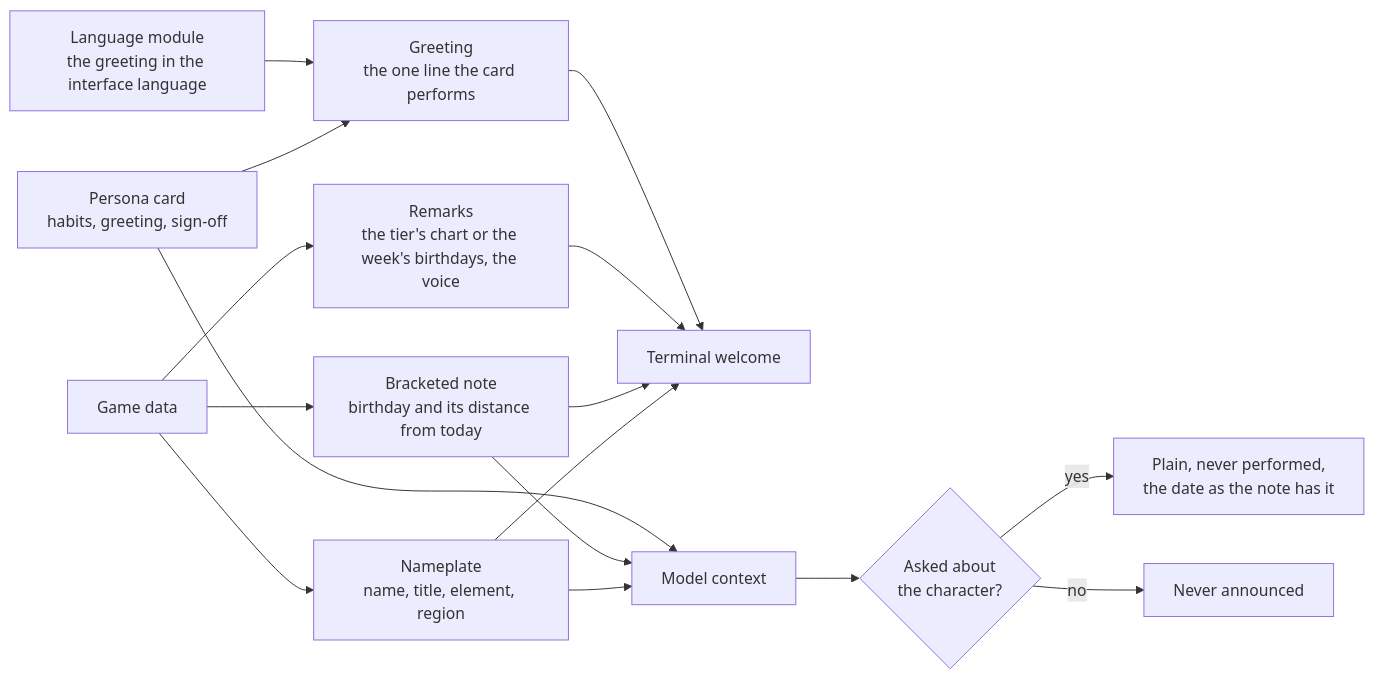
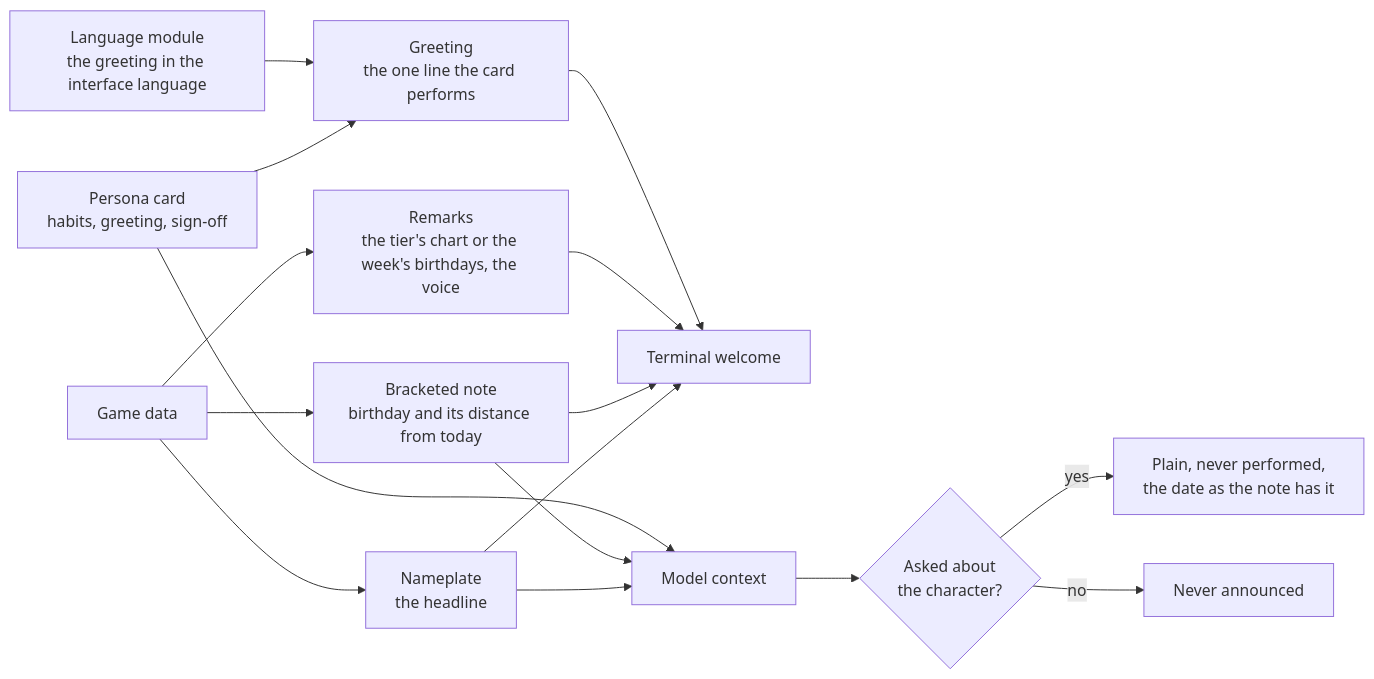
The diagram in openspec/specs/infra/claude-interface/persona-plugin/card/design.md (Esposter/Esposter), drawn with Mermaid before and after one commit. The commit also changed other lines of this file and 9 other files, not shown here.

````diff
--- a/openspec/specs/infra/claude-interface/persona-plugin/card/design.md
+++ b/openspec/specs/infra/claude-interface/persona-plugin/card/design.md
@@ -21,27 +21,27 @@
 ```mermaid
 flowchart LR
     Data["Game data"]
     PersonaCard["Persona card<br/>habits, greeting, sign-off"]
-    Headline["Nameplate<br/>name, title, element, region"]
+    Headline["Nameplate<br/>the headline"]
     Note["Bracketed note<br/>birthday and its distance from today"]
     Remarks["Remarks<br/>the tier's chart or the week's birthdays, the voice"]
     Language["Language module<br/>the greeting in the interface language"]
     Greeting["Greeting<br/>the one line the card performs"]
     Terminal["Terminal welcome"]
     Context["Model context"]
     Asked{Asked about<br/>the character?}
     Answer["Plain, never performed,<br/>the date as the note has it"]
     Silent["Never announced"]
 
     Data --> Headline --> Terminal
     Data --> Note --> Terminal
     Data --> Remarks --> Terminal
     PersonaCard --> Greeting --> Terminal
     Language --> Greeting
     Headline --> Context
     Note --> Context
     PersonaCard --> Context
     Context --> Asked
     Asked -- yes --> Answer
     Asked -- no --> Silent
 ```
````
